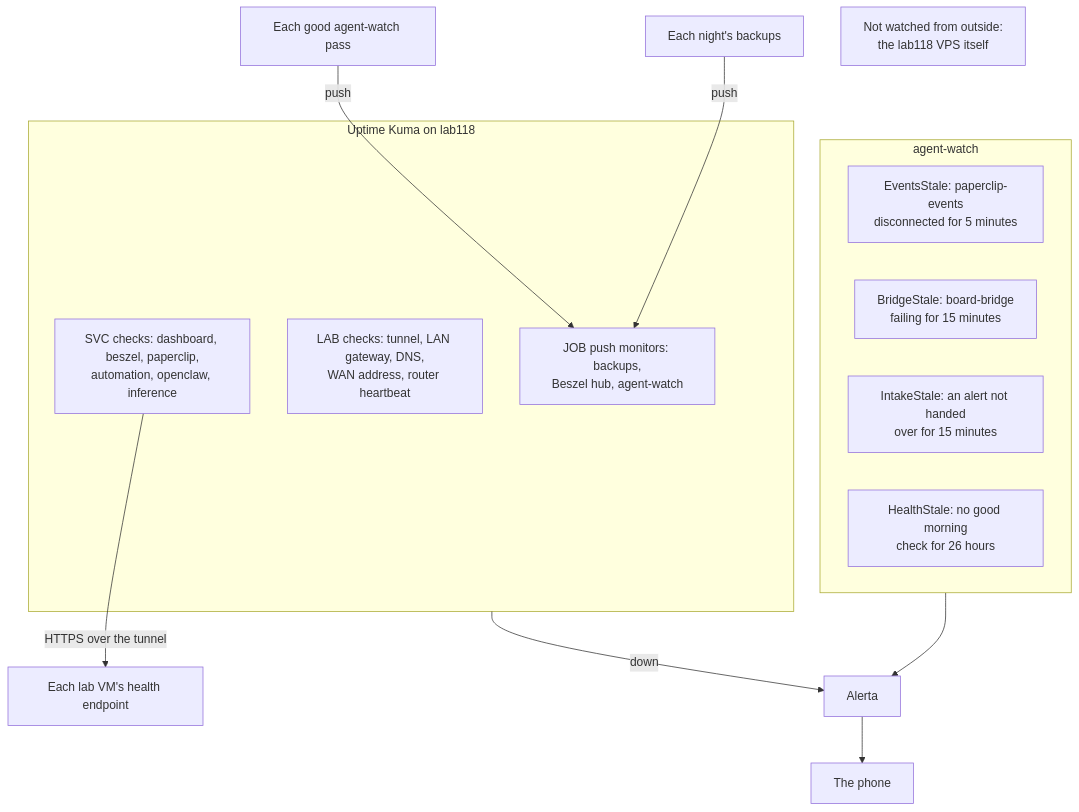
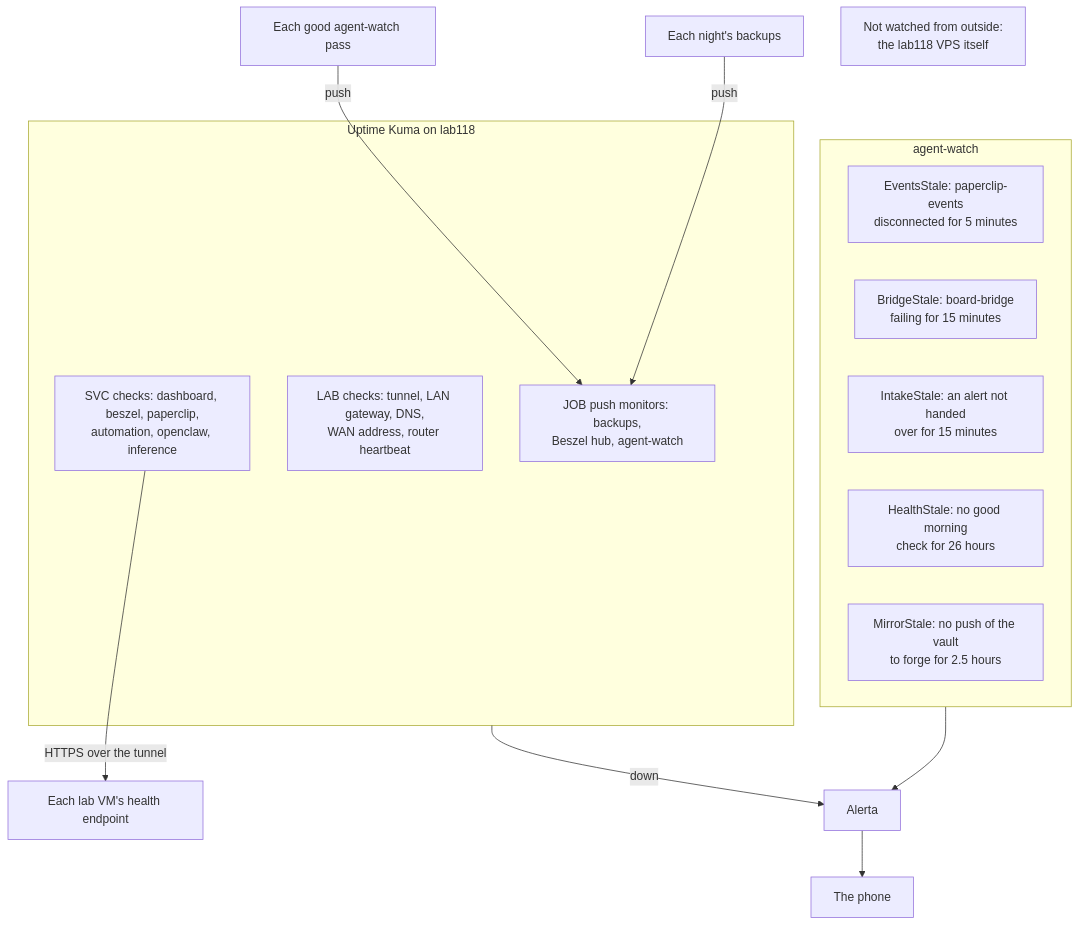
The seventh of 7 diagrams in docs/FLOWS.md (Justin-Arnold/nixconfig), drawn with Mermaid before and after one commit. The commit also changed 9 other files, not shown here.

First line of the commit message:
Alert when the vault's mirror to forge stalls

````diff
--- a/docs/FLOWS.md
+++ b/docs/FLOWS.md
@@ -281,23 +281,24 @@
 ```mermaid
 flowchart TB
   subgraph kuma["Uptime Kuma on lab118"]
     svc["SVC checks: dashboard, beszel, paperclip,<br/>automation, openclaw, inference"]
     labchecks["LAB checks: tunnel, LAN gateway, DNS,<br/>WAN address, router heartbeat"]
     job["JOB push monitors: backups,<br/>Beszel hub, agent-watch"]
   end
 
   subgraph aw["agent-watch"]
     es["EventsStale: paperclip-events<br/>disconnected for 5 minutes"]
     bs["BridgeStale: board-bridge<br/>failing for 15 minutes"]
     is["IntakeStale: an alert not handed<br/>over for 15 minutes"]
     hs["HealthStale: no good morning<br/>check for 26 hours"]
+    ms["MirrorStale: no push of the vault<br/>to forge for 2.5 hours"]
   end
 
   svc -->|"HTTPS over the tunnel"| hosts["Each lab VM's health endpoint"]
   passes["Each good agent-watch pass"] -->|"push"| job
   backups["Each night's backups"] -->|"push"| job
   kuma -->|"down"| alerta["Alerta"]
   aw --> alerta
   alerta --> phone["The phone"]
   gap["Not watched from outside:<br/>the lab118 VPS itself"]
 ```
````
